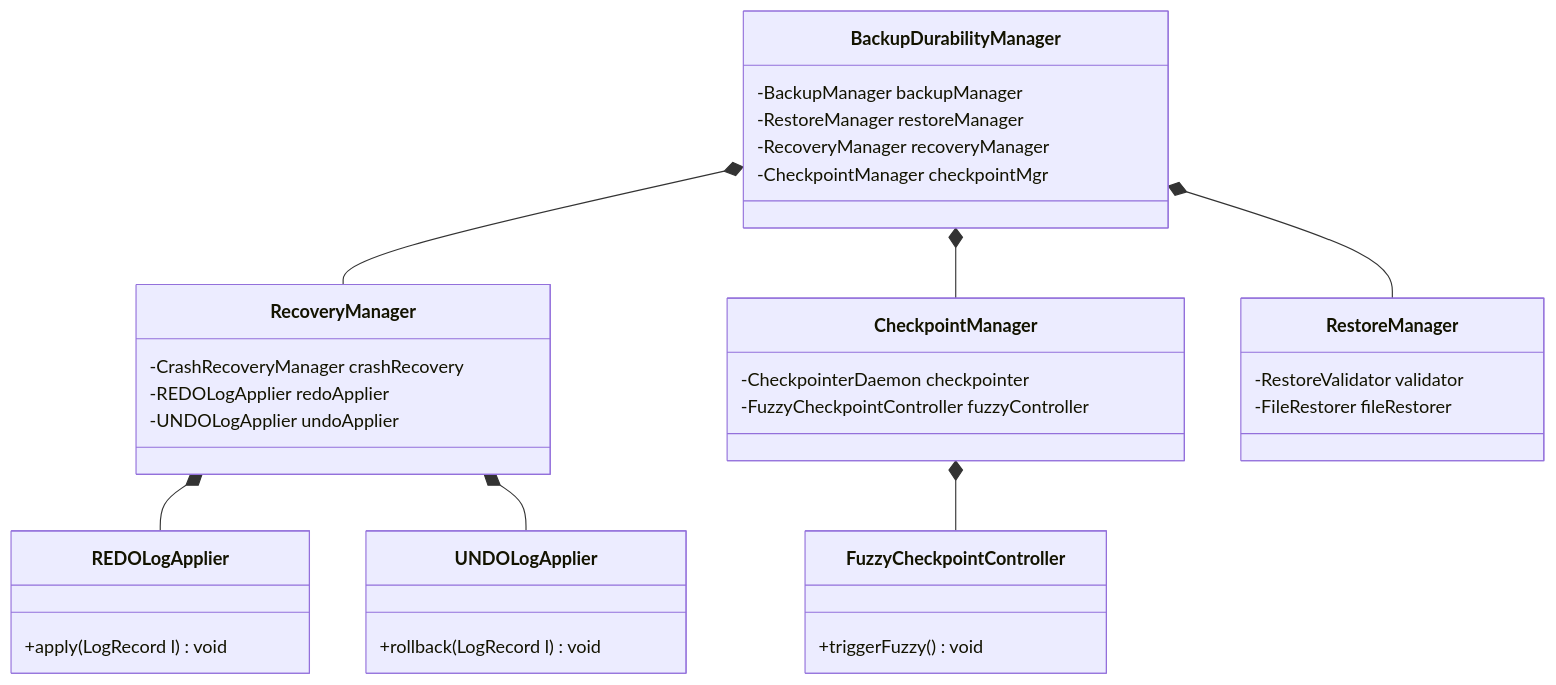
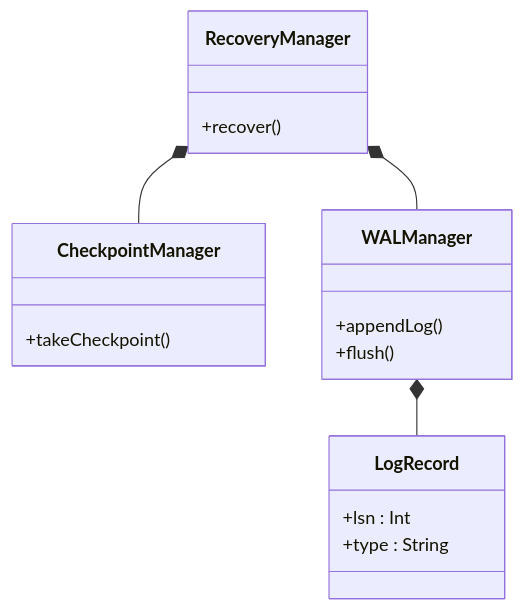
The seventh of 16 diagrams in README.md (TamBui1706/DBMS), drawn with Mermaid before and after one commit. The commit also changed other lines of this file and 112 other files, not shown here.

Commit message:
Add doc tests and flow charts

````diff
--- a/README.md
+++ b/README.md
@@ -702,37 +643,21 @@
 ```mermaid
 classDiagram
-class BackupDurabilityManager {
-        -BackupManager backupManager
-        -RestoreManager restoreManager
-        -RecoveryManager recoveryManager
-        -CheckpointManager checkpointMgr
-    }
     class RecoveryManager {
-        -CrashRecoveryManager crashRecovery
-        -REDOLogApplier redoApplier
-        -UNDOLogApplier undoApplier
-    }
-    class REDOLogApplier {
-        +apply(LogRecord l) void
-    }
-    class UNDOLogApplier {
-        +rollback(LogRecord l) void
+        +recover()
     }
     class CheckpointManager {
-        -CheckpointerDaemon checkpointer
-        -FuzzyCheckpointController fuzzyController
+        +takeCheckpoint()
     }
-    class FuzzyCheckpointController {
-        +triggerFuzzy() void
+    class WALManager {
+        +appendLog()
+        +flush()
     }
-    class RestoreManager {
-        -RestoreValidator validator
-        -FileRestorer fileRestorer
+    class LogRecord {
+        +lsn : Int
+        +type : String
     }
-    BackupDurabilityManager *-- RecoveryManager
-    BackupDurabilityManager *-- CheckpointManager
-    BackupDurabilityManager *-- RestoreManager
-    RecoveryManager *-- REDOLogApplier
-    RecoveryManager *-- UNDOLogApplier
-    CheckpointManager *-- FuzzyCheckpointController
+    
+    RecoveryManager *-- CheckpointManager
+    RecoveryManager *-- WALManager
+    WALManager *-- LogRecord
 ```
````
